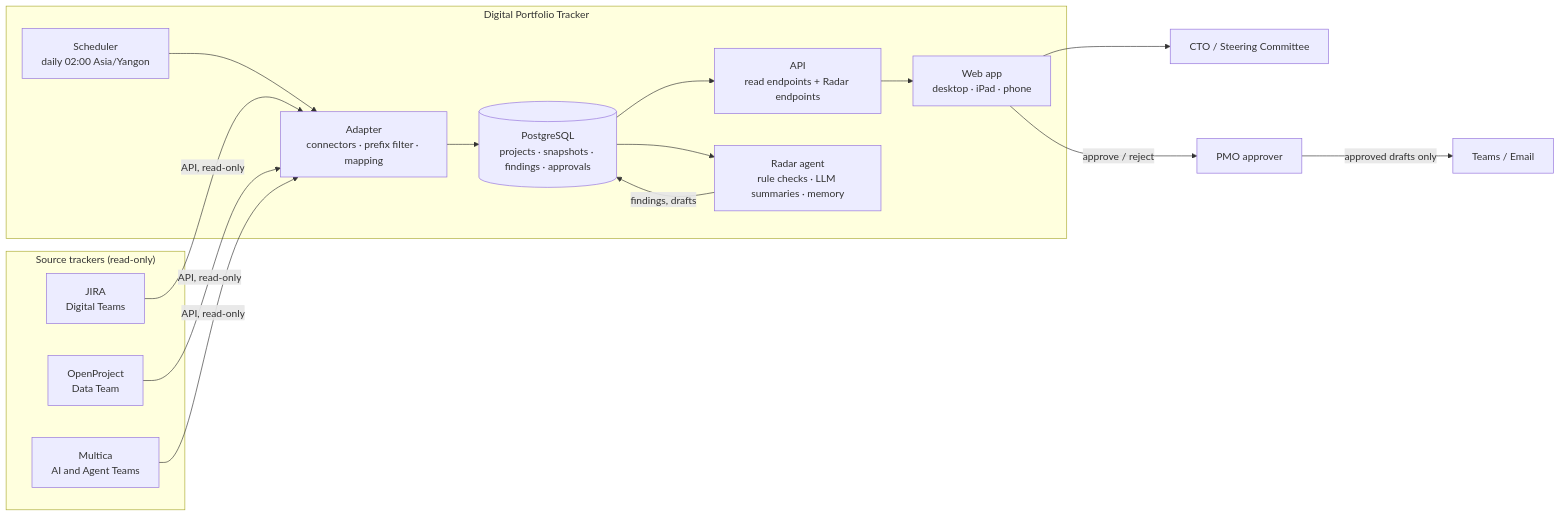
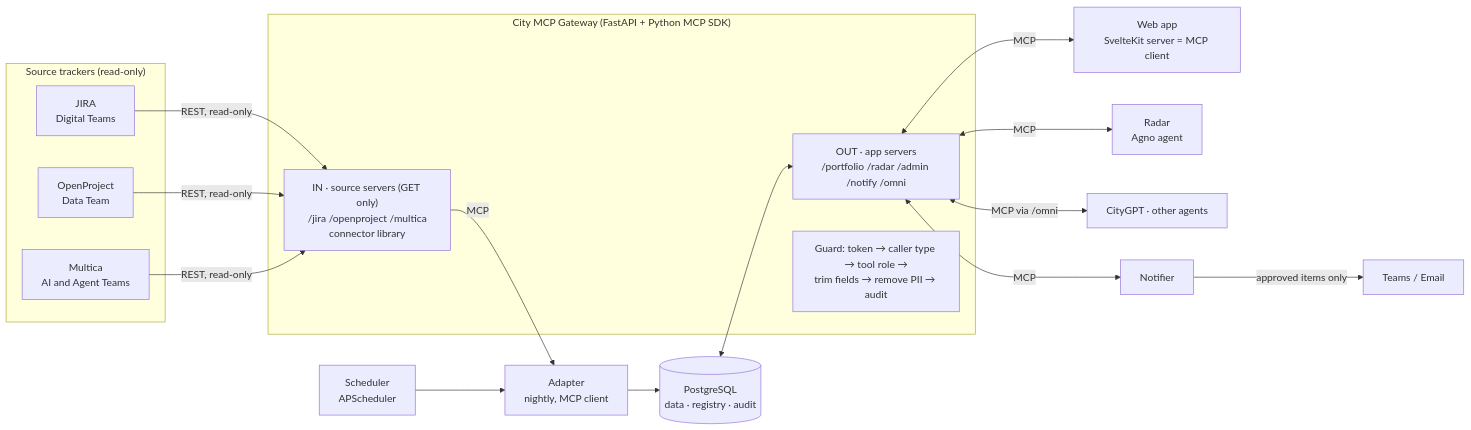
The diagram in docs/architecture.md (raahulgupta07/portfolio-radar), drawn with Mermaid before and after one commit. The commit also changed other lines of this file and 2 other files, not shown here.

First line of the commit message:
Architecture v3 (MCP-first) and build plan

````diff
--- a/docs/architecture.md
+++ b/docs/architecture.md
@@ -6,31 +12,34 @@
 ```mermaid
 flowchart LR
   subgraph Sources["Source trackers (read-only)"]
     J[JIRA<br/>Digital Teams]
     O[OpenProject<br/>Data Team]
     M[Multica<br/>AI and Agent Teams]
   end
-  subgraph App["Digital Portfolio Tracker"]
-    A[Adapter<br/>connectors · prefix filter · mapping]
-    S[Scheduler<br/>daily 02:00 Asia/Yangon]
-    DB[(PostgreSQL<br/>projects · snapshots · findings · approvals)]
-    API[API<br/>read endpoints + Radar endpoints]
-    WEB[Web app<br/>desktop · iPad · phone]
-    R[Radar agent<br/>rule checks · LLM summaries · memory]
+  subgraph GW["City MCP Gateway (FastAPI + Python MCP SDK)"]
+    IN["IN · source servers (GET only)<br/>/jira /openproject /multica<br/>connector library"]
+    OUT["OUT · app servers<br/>/portfolio /radar /admin /notify /omni"]
+    G["Guard: token → caller type → tool role →<br/>trim fields → remove PII → audit"]
   end
-  U1[CTO / Steering Committee]
-  U2[PMO approver]
+  A[Adapter<br/>nightly, MCP client]
+  S[Scheduler<br/>APScheduler]
+  DB[(PostgreSQL<br/>data · registry · audit)]
+  WEB[Web app<br/>SvelteKit server = MCP client]
+  R[Radar<br/>Agno agent]
+  C[CityGPT · other agents]
+  N[Notifier]
   T[Teams / Email]
 
+  J -- REST, read-only --> IN
+  O -- REST, read-only --> IN
+  M -- REST, read-only --> IN
   S --> A
-  J -- API, read-only --> A
-  O -- API, read-only --> A
-  M -- API, read-only --> A
+  IN -- MCP --> A
   A --> DB
-  DB --> API --> WEB
-  DB --> R
-  R -- findings, drafts --> DB
-  WEB --> U1
-  WEB -- approve / reject --> U2
-  U2 -- approved drafts only --> T
+  DB <--> OUT
+  OUT <-- MCP --> WEB
+  OUT <-- MCP --> R
+  OUT <-- "MCP via /omni" --> C
+  OUT <-- MCP --> N
+  N -- approved items only --> T
 ```
````
